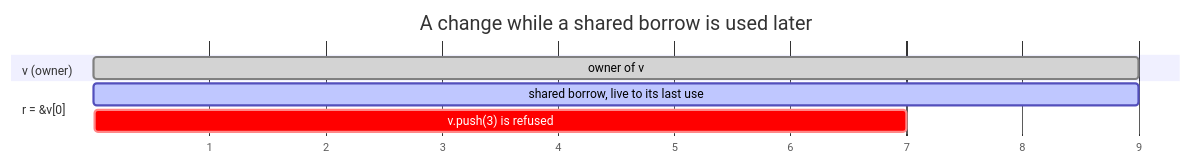
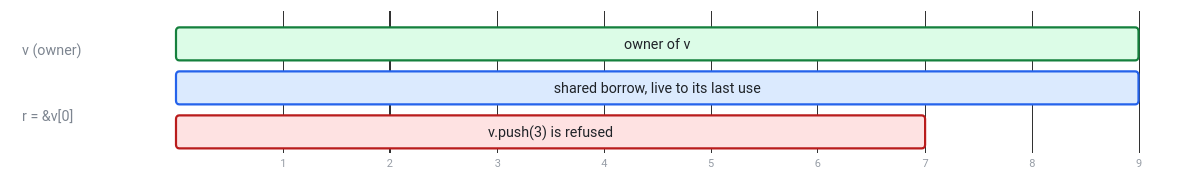
Before and after one commit to ali-mosavian/llrm: the third of 5 diagrams in docs/working/mermaid-trial.md, drawn with Mermaid. The commit also changed other lines of this file, not shown here.

Commit message:
docs: the mermaid trial gets one shared style, a block diagram for the stack and spacing for the timeline

````diff
--- a/docs/working/mermaid-trial.md
+++ b/docs/working/mermaid-trial.md
@@ -49,11 +82,12 @@
 ```mermaid
+%%{init: {'theme':'base','themeVariables':{'fontFamily':'Segoe UI, Helvetica Neue, Arial, DejaVu Sans, sans-serif','fontSize':'14px','textColor':'#7d8590','titleColor':'#7d8590','gridColor':'#8b98a8','sectionBkgColor':'transparent','sectionBkgColor2':'transparent','altSectionBkgColor':'transparent','taskTextColor':'#1f2328','taskTextOutsideColor':'#7d8590','taskTextDarkColor':'#1f2328','doneTaskBkgColor':'#dcfce7','doneTaskBorderColor':'#15803d','activeTaskBkgColor':'#dbeafe','activeTaskBorderColor':'#2563eb','critBkgColor':'#fee2e2','critBorderColor':'#b91c1c','todayLineColor':'transparent'},'gantt':{'barHeight':30,'barGap':10,'topPadding':44,'leftPadding':150,'fontSize':13,'sectionFontSize':13,'numberSectionStyles':2}}}%%
 gantt
-  title A change while a shared borrow is used later
   dateFormat X
   axisFormat %s
+  tickInterval 1
   section v (owner)
-  owner of v :done, v, 1, 9
+  owner of v                        :done, v, 1, 9
   section r = &v[0]
   shared borrow, live to its last use :active, r, 3, 9
-  v.push(3) is refused :crit, c, 6, 7
+  v.push(3) is refused              :crit, c, 6, 7
 ```
````
